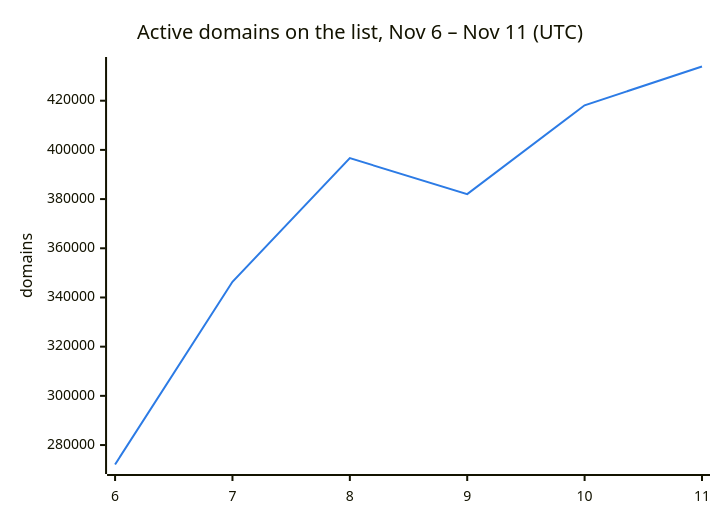
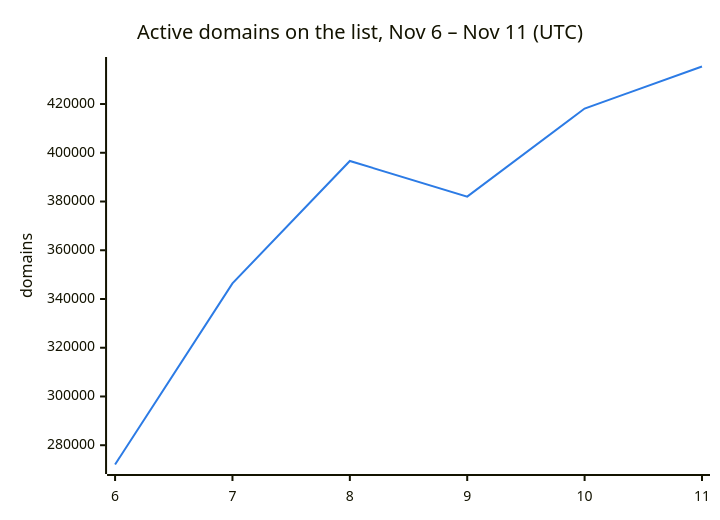
The second of 3 diagrams in README.md (DNSBunker/CTI), drawn with Mermaid before and after one commit. The commit also changed other lines of this file and 3 other files, not shown here.

````diff
--- a/README.md
+++ b/README.md
@@ -38,8 +38,8 @@
 ```mermaid
 %%{init: {"themeVariables": {"xyChart": {"plotColorPalette": "#2c7be5"}}}}%%
 xychart-beta
     title "Active domains on the list, Nov 6 – Nov 11 (UTC)"
     x-axis ["6", "7", "8", "9", "10", "11"]
     y-axis "domains"
-    line [272088, 346388, 396638, 382009, 418143, 433909]
+    line [272088, 346388, 396638, 382009, 418143, 435400]
 ```
````
